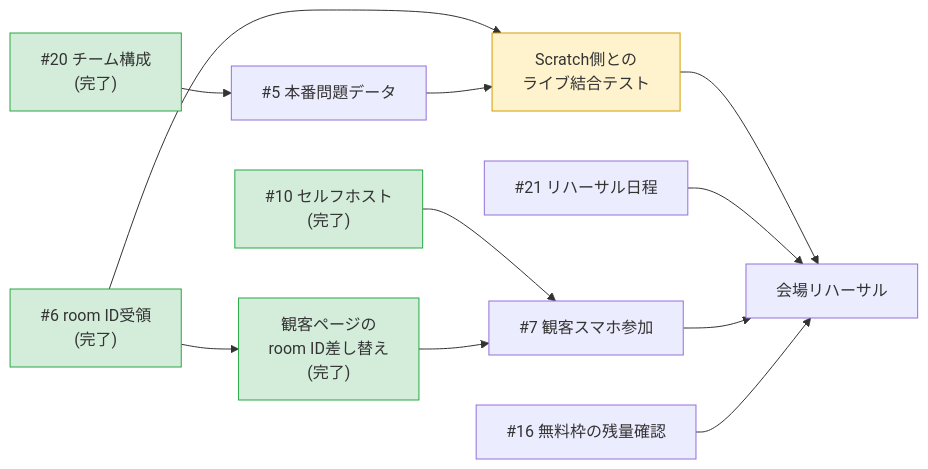
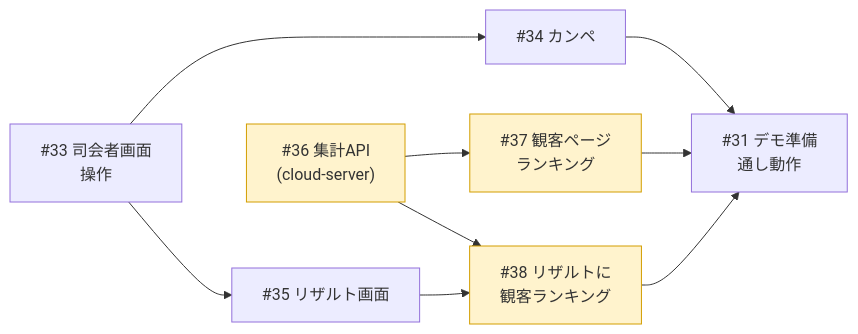
Before and after one commit to suzuka-kosen-festa/2026-suzuleague: the diagram in docs/status.md, drawn with Mermaid. The commit also changed other lines of this file and 2 other files, not shown here.

````diff
--- a/docs/status.md
+++ b/docs/status.md
@@ -185,18 +68,14 @@
 ```mermaid
 flowchart LR
-    i10["#10 セルフホスト<br>(完了)"] --> i7["#7 観客スマホ参加"]
-    i20["#20 チーム構成<br>(完了)"] --> i5["#5 本番問題データ"]
-    i6["#6 room ID受領<br>(完了)"] --> aud["観客ページの<br>room ID差し替え<br>(完了)"]
-    i6 --> integ["Scratch側との<br>ライブ結合テスト"]
-    i5 --> integ
-    aud --> i7
-    integ --> reh["会場リハーサル"]
-    i21["#21 リハーサル日程"] --> reh
-    i7 --> reh
-    i16["#16 無料枠の残量確認"] --> reh
-    style i10 fill:#d4edda,stroke:#28a745
-    style i20 fill:#d4edda,stroke:#28a745
-    style i6 fill:#d4edda,stroke:#28a745
-    style integ fill:#fff3cd,stroke:#d39e00
-    style aud fill:#d4edda,stroke:#28a745
+    i33["#33 司会者画面<br>操作"] --> i34["#34 カンペ"]
+    i33 --> i35["#35 リザルト画面"]
+    i36["#36 集計API<br>(cloud-server)"] --> i37["#37 観客ページ<br>ランキング"]
+    i35 --> i38["#38 リザルトに<br>観客ランキング"]
+    i36 --> i38
+    i34 --> i31["#31 デモ準備<br>通し動作"]
+    i37 --> i31
+    i38 --> i31
+    style i36 fill:#fff3cd,stroke:#d39e00
+    style i37 fill:#fff3cd,stroke:#d39e00
+    style i38 fill:#fff3cd,stroke:#d39e00
 ```
````
